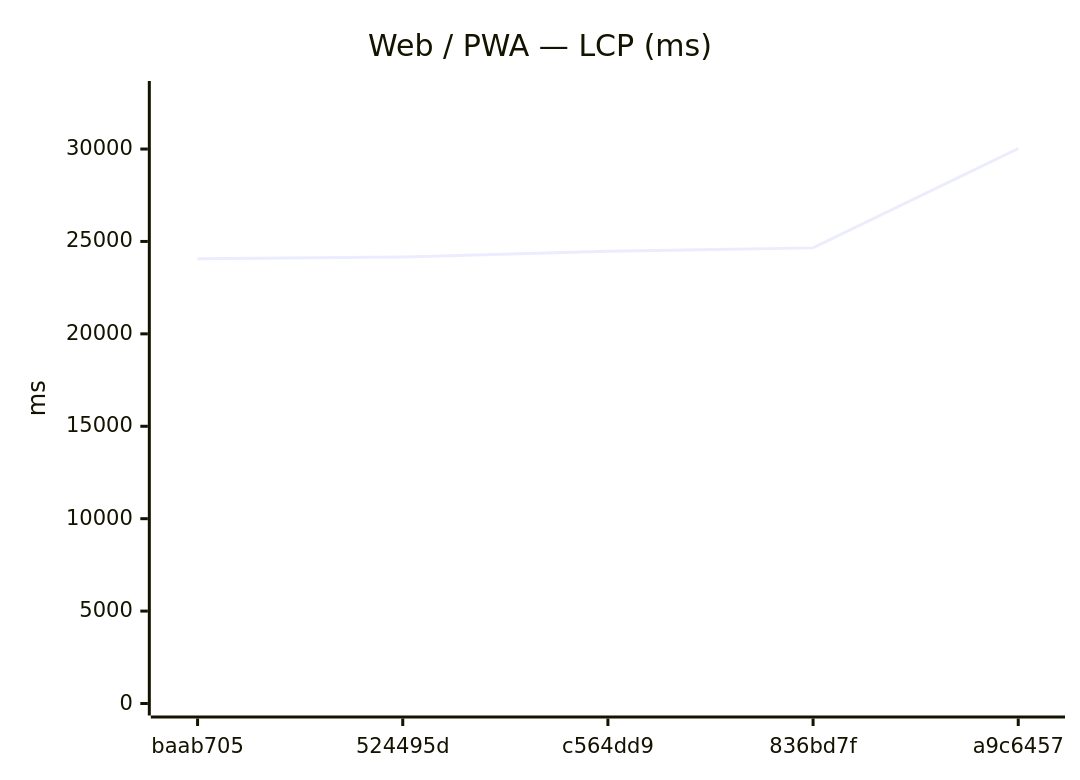
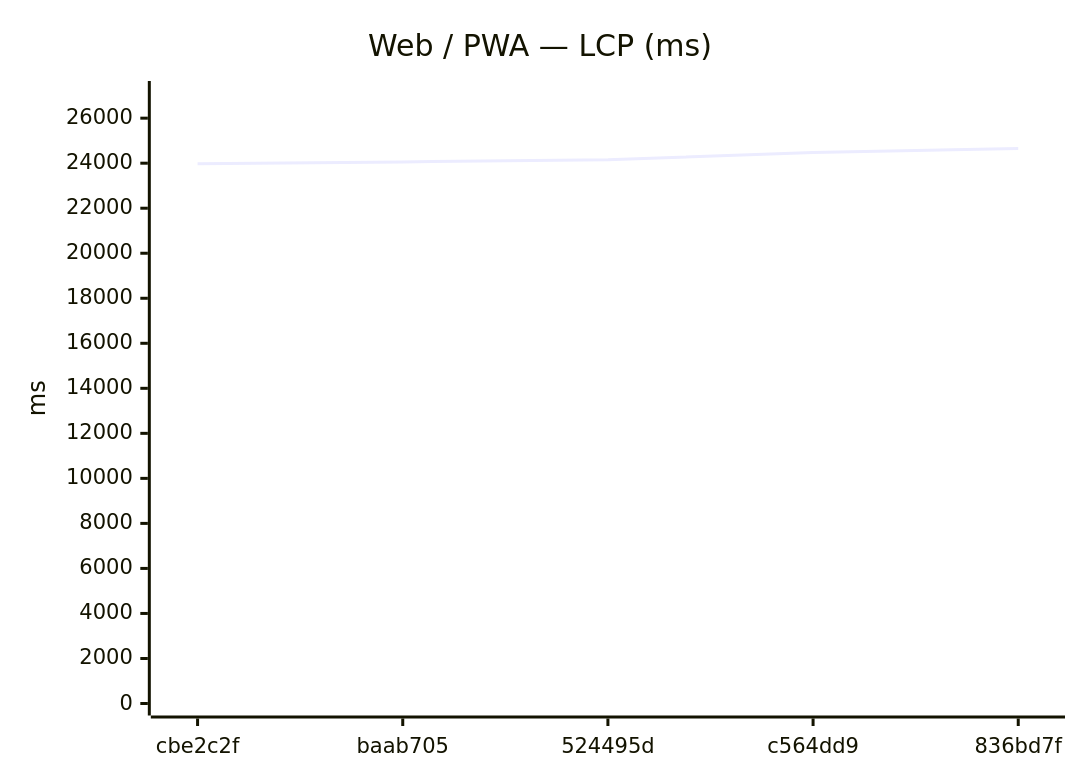
The fifth of 12 diagrams in benchmarks/compare.md (Metaheurist/Rianell), drawn with Mermaid before and after one commit. The commit also changed other lines of this file and 8 other files, not shown here.

````diff
--- a/benchmarks/compare.md
+++ b/benchmarks/compare.md
@@ -82,7 +82,7 @@
 ```mermaid
 xychart-beta
     title "Web / PWA — LCP (ms)"
-    x-axis ["baab705", "524495d", "c564dd9", "836bd7f", "a9c6457"]
-    y-axis "ms" 0 --> 33032
-    line [24058, 24158, 24475, 24652, 30029]
+    x-axis ["cbe2c2f", "baab705", "524495d", "c564dd9", "836bd7f"]
+    y-axis "ms" 0 --> 27118
+    line [23980, 24058, 24158, 24475, 24652]
 ```
````
